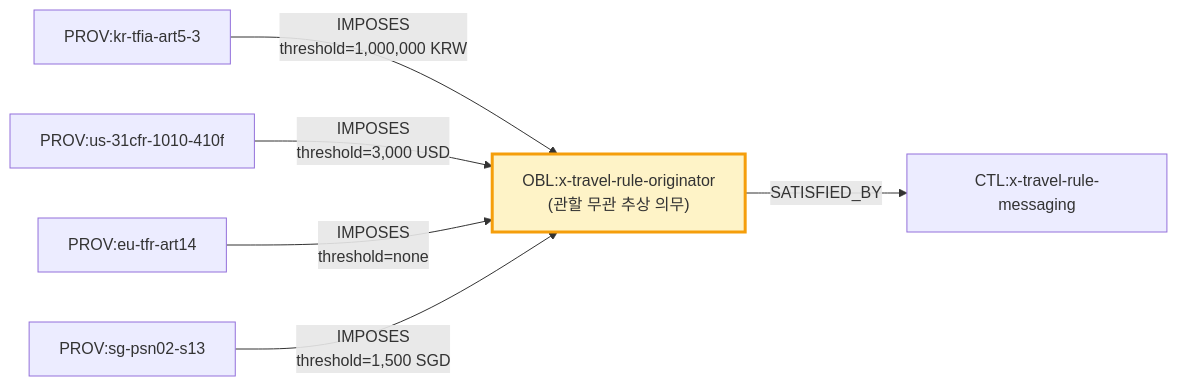
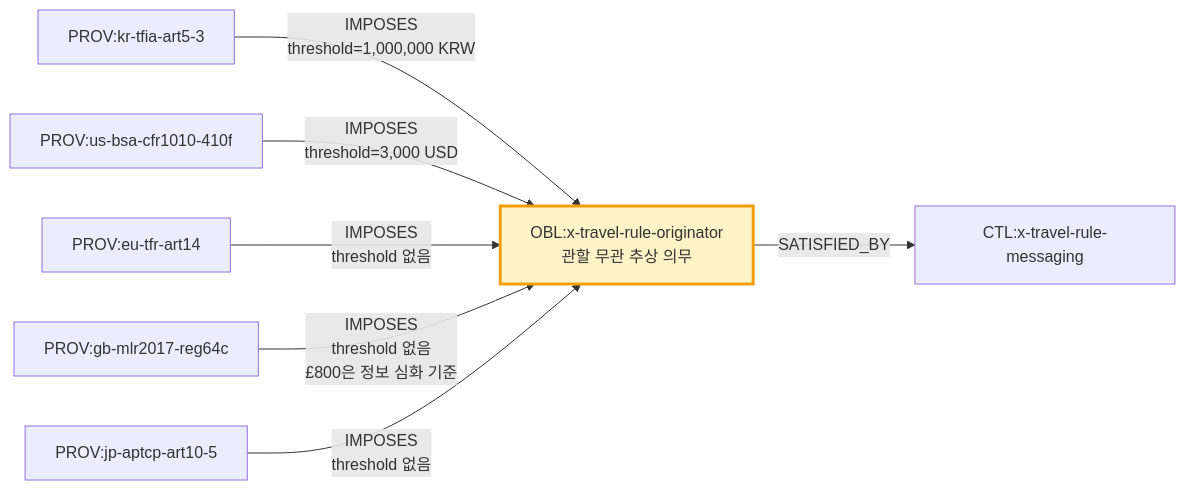
Before and after one commit to lala-david/aml-notes: the second of 4 diagrams in docs/ontology/01-semantic-layer.md, drawn with Mermaid. The commit also changed other lines of this file and 8 other files, not shown here.

First line of the commit message:
notes,docs,charts: 트래블룰 금액 기준을 두 유형으로 분리 — 한 칸에 적으면 대부분의 관할이 틀린다

````diff
--- a/docs/ontology/01-semantic-layer.md
+++ b/docs/ontology/01-semantic-layer.md
@@ -70,9 +70,10 @@
 ```mermaid
 graph LR
-    P1["PROV:kr-tfia-art5-3"] -->|IMPOSES<br/>threshold=1,000,000 KRW| O["OBL:x-travel-rule-originator<br/>(관할 무관 추상 의무)"]
-    P2["PROV:us-31cfr-1010-410f"] -->|IMPOSES<br/>threshold=3,000 USD| O
-    P3["PROV:eu-tfr-art14"] -->|IMPOSES<br/>threshold=none| O
-    P4["PROV:sg-psn02-s13"] -->|IMPOSES<br/>threshold=1,500 SGD| O
+    P1["PROV:kr-tfia-art5-3"] -->|IMPOSES<br/>threshold=1,000,000 KRW| O["OBL:x-travel-rule-originator<br/>관할 무관 추상 의무"]
+    P2["PROV:us-bsa-cfr1010-410f"] -->|IMPOSES<br/>threshold=3,000 USD| O
+    P3["PROV:eu-tfr-art14"] -->|IMPOSES<br/>threshold 없음| O
+    P4["PROV:gb-mlr2017-reg64c"] -->|IMPOSES<br/>threshold 없음<br/>£800은 정보 심화 기준| O
+    P5["PROV:jp-aptcp-art10-5"] -->|IMPOSES<br/>threshold 없음| O
     O -->|SATISFIED_BY| C["CTL:x-travel-rule-messaging"]
     style O fill:#fef3c7,stroke:#f59e0b,stroke-width:3px
 ```
````
